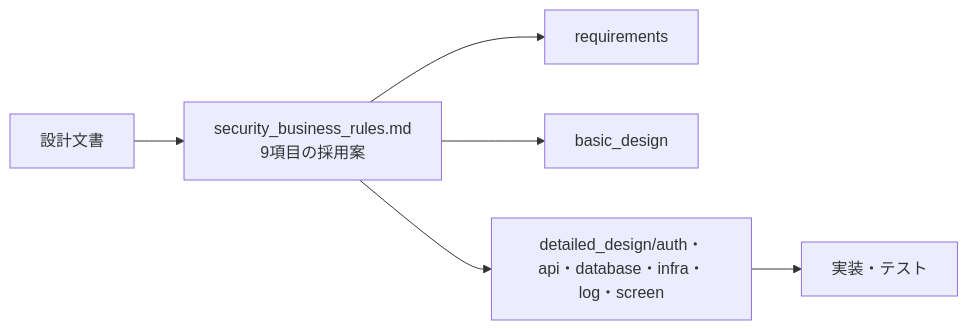
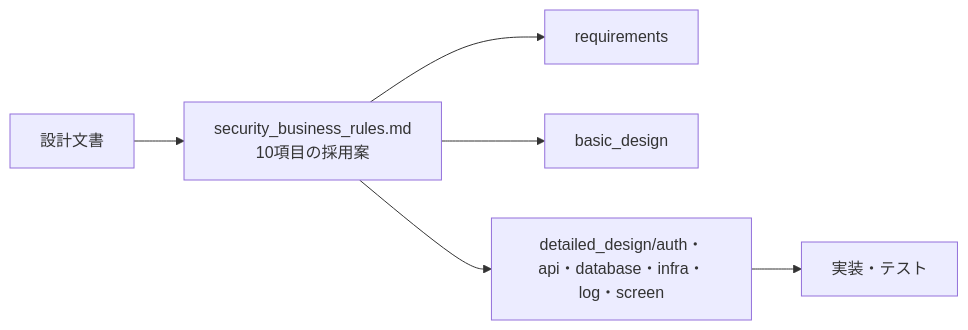
The diagram in docs/requirements/security_business_rules.md (oikawa-d/task_management), drawn with Mermaid before and after one commit. The commit also changed other lines of this file and 80 other files, not shown here.

````diff
--- a/docs/requirements/security_business_rules.md
+++ b/docs/requirements/security_business_rules.md
@@ -206,8 +210,8 @@
 ```mermaid
 flowchart LR
-    A["設計文書"] --> B["security_business_rules.md<br/>9項目の採用案"]
+    A["設計文書"] --> B["security_business_rules.md<br/>10項目の採用案"]
     B --> C["requirements"]
     B --> D["basic_design"]
     B --> E["detailed_design/auth・api・database・infra・log・screen"]
     E --> F["実装・テスト"]
 ```
````
